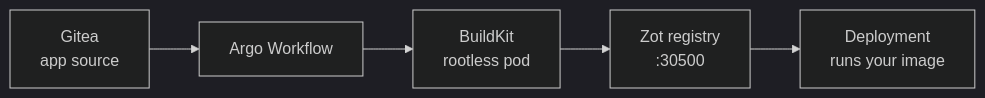
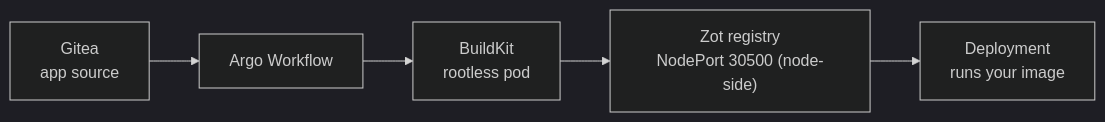
One commit to randax/Platform-Engineering-Workshop changed the diagram in slides/pages/module-07.md. Above: the diagram before and after it, drawn with Mermaid (dark theme). The commit also changed 17 other files, not shown here.

First line of the commit message:
fix(labs): sweep bare :30xxx NodePort prose and tighten the URL guard

````diff
--- a/slides/pages/module-07.md
+++ b/slides/pages/module-07.md
@@ -21,7 +21,7 @@
 ```mermaid {scale: 0.7}
 flowchart LR
   gitea["Gitea<br>app source"] --> wf["Argo Workflow"]
   wf --> bk["BuildKit<br>rootless pod"]
-  bk --> zot["Zot registry<br>:30500"]
+  bk --> zot["Zot registry<br>NodePort 30500 (node-side)"]
   zot --> deploy["Deployment<br>runs your image"]
 ```
````
